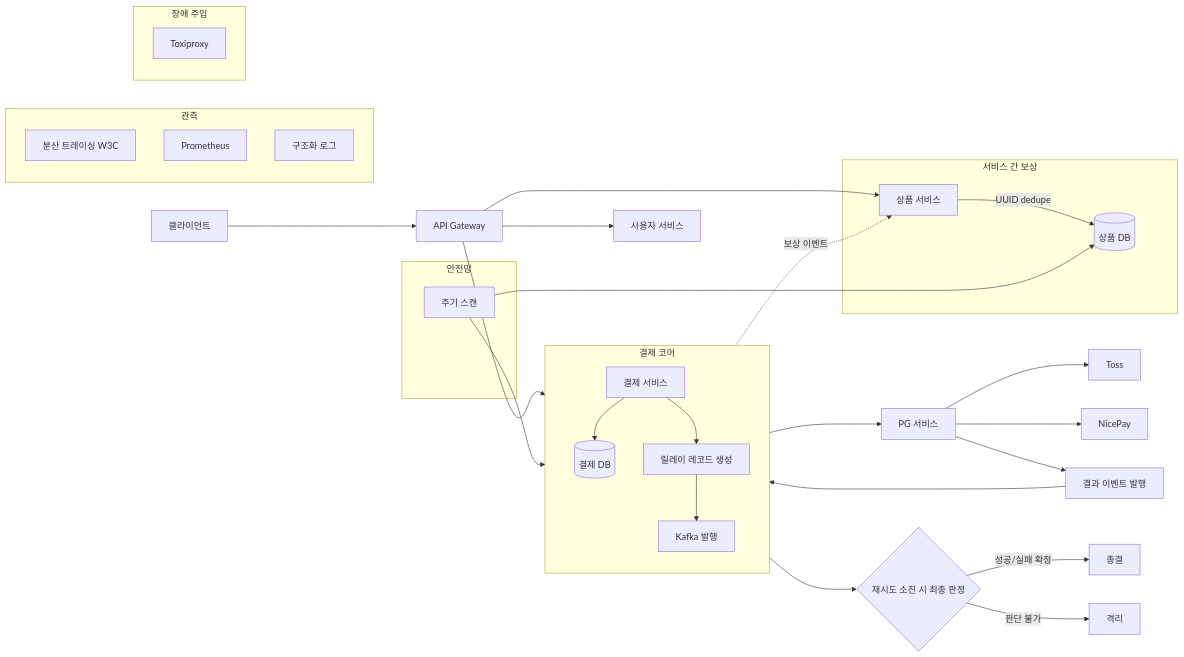
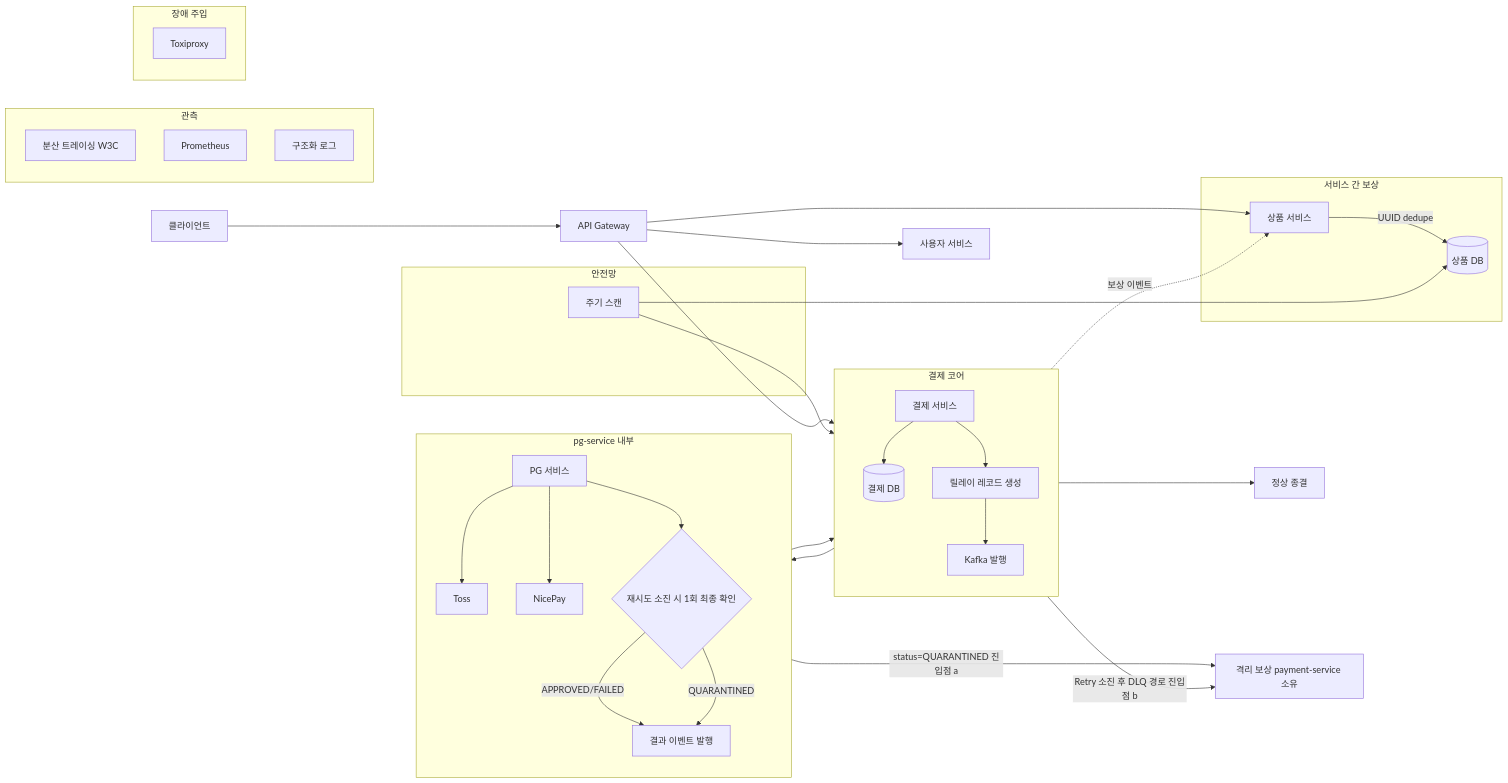
The first of 8 diagrams in docs/topics/MSA-TRANSITION.md (hyoguoo/payment-platform), drawn with Mermaid before and after one commit. The commit also changed other lines of this file and 3 other files, not shown here.

````diff
--- a/docs/topics/MSA-TRANSITION.md
+++ b/docs/topics/MSA-TRANSITION.md
@@ -11,44 +11,50 @@
 ```mermaid
 flowchart LR
     Client[클라이언트] --> Gateway[API Gateway]
     Gateway --> PaymentSvc[결제 서비스]
     Gateway --> ProductSvc[상품 서비스]
     Gateway --> UserSvc[사용자 서비스]
 
     subgraph PaymentCore["결제 코어"]
         direction TB
         PaymentSvc --> PaymentDB[(결제 DB)]
         PaymentSvc --> Relay[릴레이 레코드 생성]
         Relay --> KafkaOut[Kafka 발행]
     end
 
     KafkaOut --> PgSvc[PG 서비스]
-    PgSvc --> Toss[Toss]
-    PgSvc --> Nice[NicePay]
-    PgSvc --> KafkaBack[결과 이벤트 발행]
+
+    subgraph PgInternal["pg-service 내부"]
+        direction TB
+        PgSvc --> Toss[Toss]
+        PgSvc --> Nice[NicePay]
+        PgSvc --> FCG{재시도 소진 시 1회 최종 확인}
+        FCG -->|APPROVED/FAILED| KafkaBack[결과 이벤트 발행]
+        FCG -->|QUARANTINED| KafkaBack
+    end
+
     KafkaBack --> PaymentSvc
-
-    PaymentSvc --> FCG{재시도 소진 시 최종 판정}
-    FCG -->|성공/실패 확정| Done[종결]
-    FCG -->|판단 불가| Quarantine[격리]
+    PaymentSvc --> Done[정상 종결]
+    KafkaBack -->|status=QUARANTINED 진입점 a| Quarantine[격리 보상 payment-service 소유]
+    PaymentSvc -->|Retry 소진 후 DLQ 경로 진입점 b| Quarantine
 
     subgraph CrossService["서비스 간 보상"]
         PaymentSvc -.보상 이벤트.-> ProductSvc
         ProductSvc -->|UUID dedupe| ProductDB[(상품 DB)]
     end
 
     subgraph Recon["안전망"]
         ReconLoop[주기 스캔] --> PaymentDB
         ReconLoop --> ProductDB
     end
 
     subgraph Obs["관측"]
         Trace[분산 트레이싱 W3C]
         Metric[Prometheus]
         Log[구조화 로그]
     end
 
     subgraph Chaos["장애 주입"]
         Toxi[Toxiproxy]
     end
 ```
````
